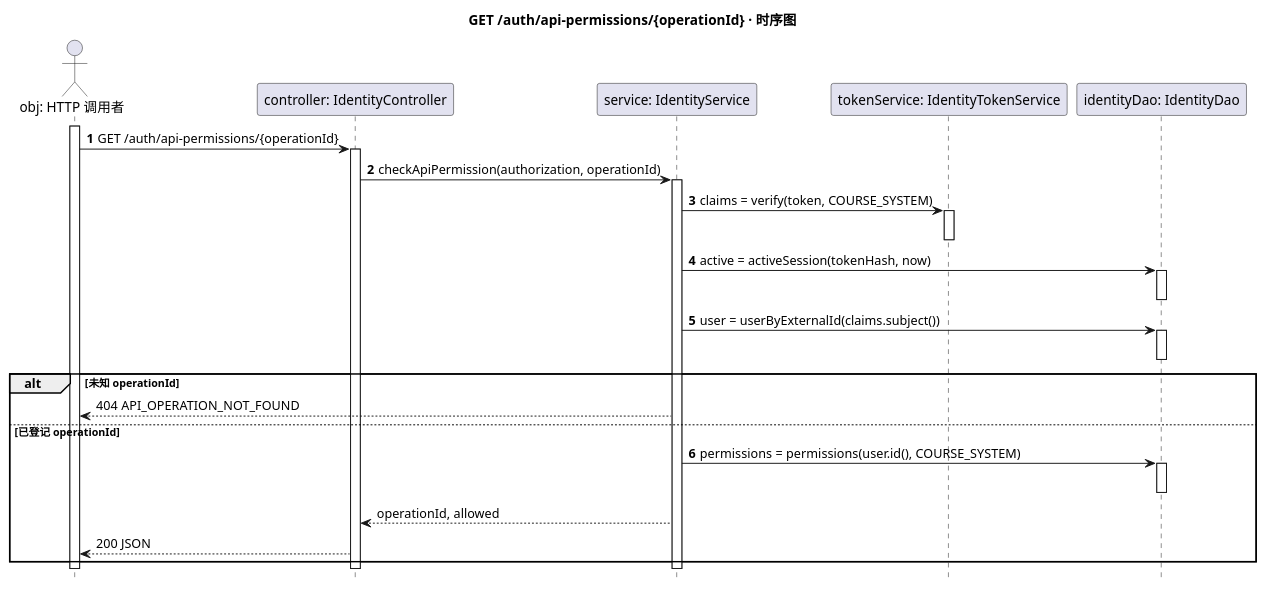
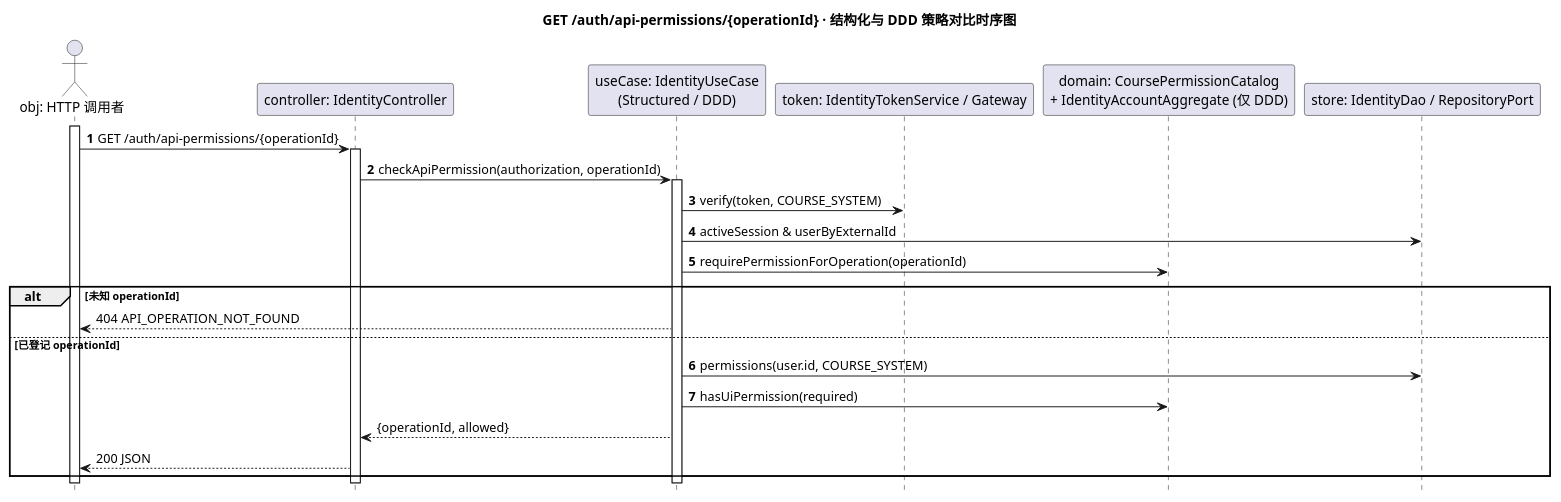
Before and after one commit to IKEA-v/MelonHub: the diagram in doc/uml/api-permission-sequence.puml, drawn with PlantUML. The commit also changed 129 other files, not shown here.

First line of the commit message:
refactor(backend): separate strict structured and DDD backend strategies

```diff
--- a/doc/uml/api-permission-sequence.puml
+++ b/doc/uml/api-permission-sequence.puml
@@ -1,40 +1,34 @@
 @startuml
-title GET /auth/api-permissions/{operationId} · 时序图
+title GET /auth/api-permissions/{operationId} · 结构化与 DDD 策略对比时序图
 hide footbox
 skinparam shadowing false
 actor "obj: HTTP 调用者" as Caller
 participant "controller: IdentityController" as C
-participant "service: IdentityService" as S
-participant "tokenService: IdentityTokenService" as T
-participant "identityDao: IdentityDao" as D
+participant "useCase: IdentityUseCase\n(Structured / DDD)" as S
+participant "token: IdentityTokenService / Gateway" as T
+participant "domain: CoursePermissionCatalog\n+ IdentityAccountAggregate (仅 DDD)" as D
+participant "store: IdentityDao / RepositoryPort" as R
 activate Caller
 autonumber
 Caller -> C: GET /auth/api-permissions/{operationId}
 activate C
 C -> S: checkApiPermission(authorization, operationId)
 activate S
-S -> T: claims = verify(token, COURSE_SYSTEM)
-activate T
-deactivate T
-S -> D: active = activeSession(tokenHash, now)
-activate D
-deactivate D
-S -> D: user = userByExternalId(claims.subject())
-activate D
-deactivate D
+S -> T: verify(token, COURSE_SYSTEM)
+S -> R: activeSession & userByExternalId
+S -> D: requirePermissionForOperation(operationId)
 alt 未知 operationId
   autonumber stop
   S --> Caller: 404 API_OPERATION_NOT_FOUND
 else 已登记 operationId
   autonumber resume
-  S -> D: permissions = permissions(user.id(), COURSE_SYSTEM)
-  activate D
-  deactivate D
+  S -> R: permissions(user.id, COURSE_SYSTEM)
+  S -> D: hasUiPermission(required)
   autonumber stop
-  S --> C: operationId, allowed
+  S --> C: {operationId, allowed}
   C --> Caller: 200 JSON
 end
 deactivate S
 deactivate C
 deactivate Caller
 @enduml
```
